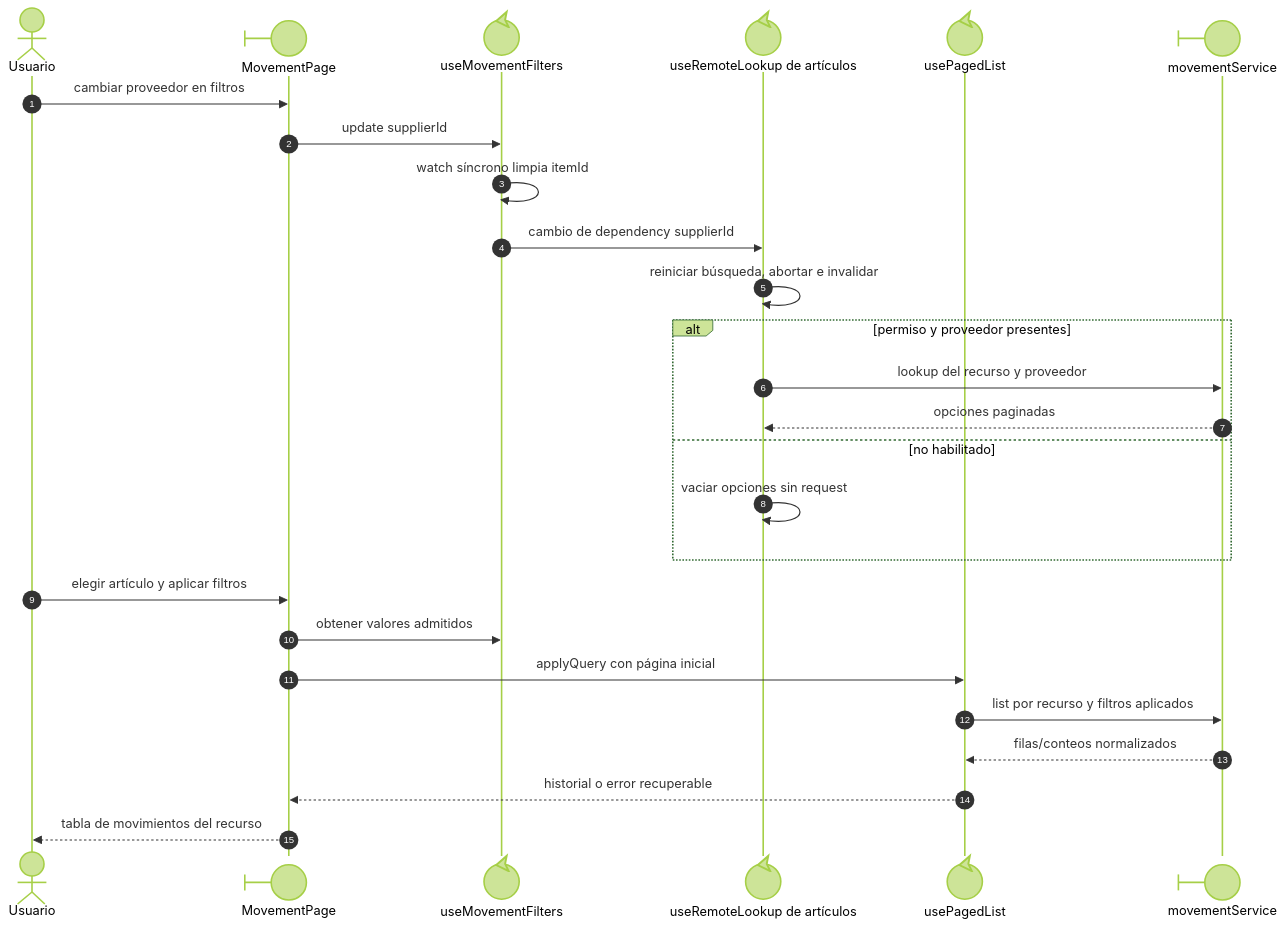
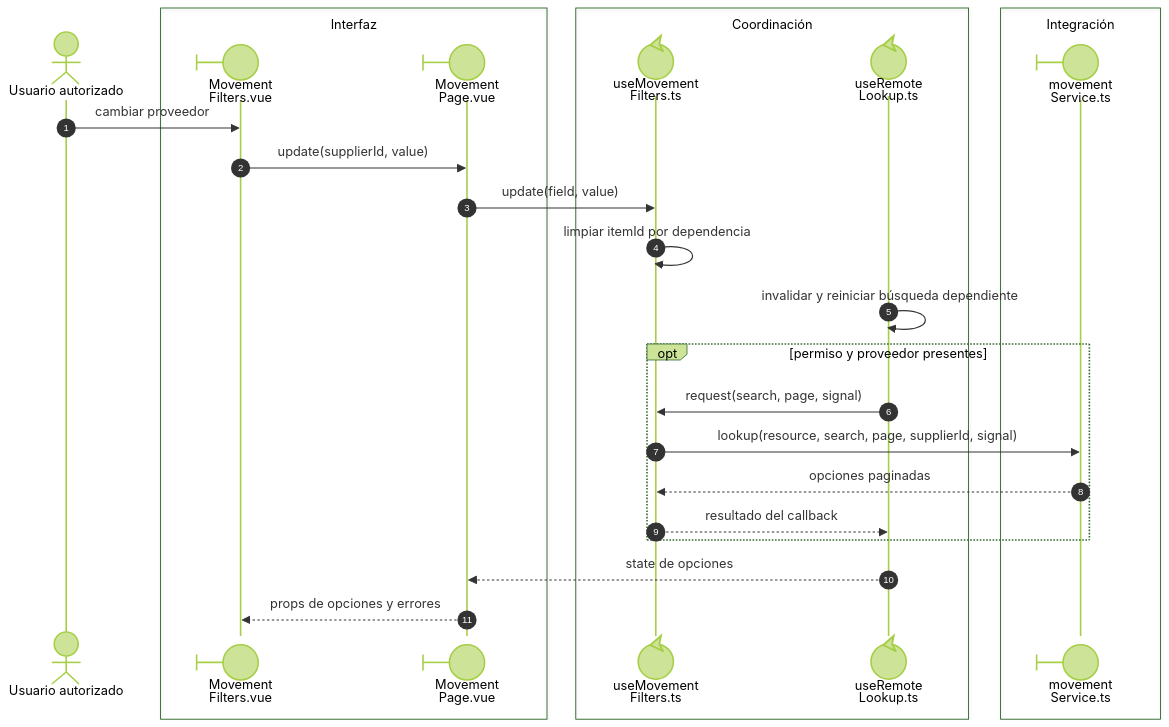
One commit to gpgsistemas01/nexus changed the first of 2 diagrams in front/docs/architecture/views/processes/08-movements-and-reports/01-movement-filters.md. Above: the diagram before and after it, drawn with Mermaid (forest theme). The commit also changed other lines of this file and 46 other files, not shown here.

Commit message:
docs: alinear secuencias Vue con participantes y callbacks reales

````diff
--- a/front/docs/architecture/views/processes/08-movements-and-reports/01-movement-filters.md
+++ b/front/docs/architecture/views/processes/08-movements-and-reports/01-movement-filters.md
@@ -16,28 +16,29 @@
 ```mermaid
 sequenceDiagram
     autonumber
-    actor Usuario
-    participant Page@{ "type": "boundary" } as MovementPage
-    participant Filters@{ "type": "control" } as useMovementFilters
-    participant Lookup@{ "type": "control" } as useRemoteLookup de artículos
-    participant List@{ "type": "control" } as usePagedList
-    participant Service@{ "type": "boundary" } as movementService
-    Usuario->>Page: cambiar proveedor en filtros
-    Page->>Filters: update supplierId
-    Filters->>Filters: watch síncrono limpia itemId
-    Filters->>Lookup: cambio de dependency supplierId
-    Lookup->>Lookup: reiniciar búsqueda, abortar e invalidar
-    alt permiso y proveedor presentes
-        Lookup->>Service: lookup del recurso y proveedor
-        Service-->>Lookup: opciones paginadas
-    else no habilitado
-        Lookup->>Lookup: vaciar opciones sin request
+    actor U as Usuario autorizado
+    box Interfaz
+    participant View@{ "type": "boundary" } as Movement<br/>Filters.vue
+    participant Page@{ "type": "boundary" } as Movement<br/>Page.vue
     end
-    Usuario->>Page: elegir artículo y aplicar filtros
-    Page->>Filters: obtener valores admitidos
-    Page->>List: applyQuery con página inicial
-    List->>Service: list por recurso y filtros aplicados
-    Service-->>List: filas/conteos normalizados
-    List-->>Page: historial o error recuperable
-    Page-->>Usuario: tabla de movimientos del recurso
+    box Coordinación
+    participant Filters@{ "type": "control" } as useMovement<br/>Filters.ts
+    participant Lookup@{ "type": "control" } as useRemote<br/>Lookup.ts
+    end
+    box Integración
+    participant Service@{ "type": "boundary" } as movement<br/>Service.ts
+    end
+    U->>View: cambiar proveedor
+    View->>Page: update(supplierId, value)
+    Page->>Filters: update(field, value)
+    Filters->>Filters: limpiar itemId por dependencia
+    Lookup->>Lookup: invalidar y reiniciar búsqueda dependiente
+    opt permiso y proveedor presentes
+        Lookup->>Filters: request(search, page, signal)
+        Filters->>Service: lookup(resource, search, page, supplierId, signal)
+        Service-->>Filters: opciones paginadas
+        Filters-->>Lookup: resultado del callback
+    end
+    Lookup-->>Page: state de opciones
+    Page-->>View: props de opciones y errores
 ```
````
